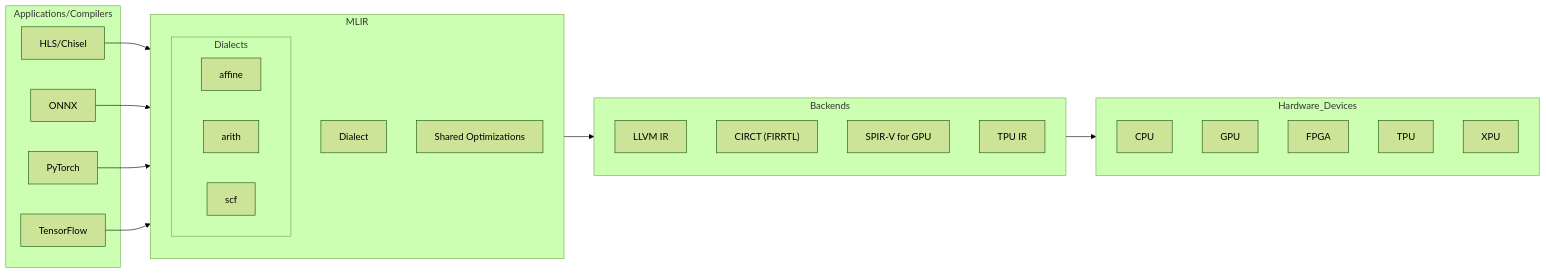
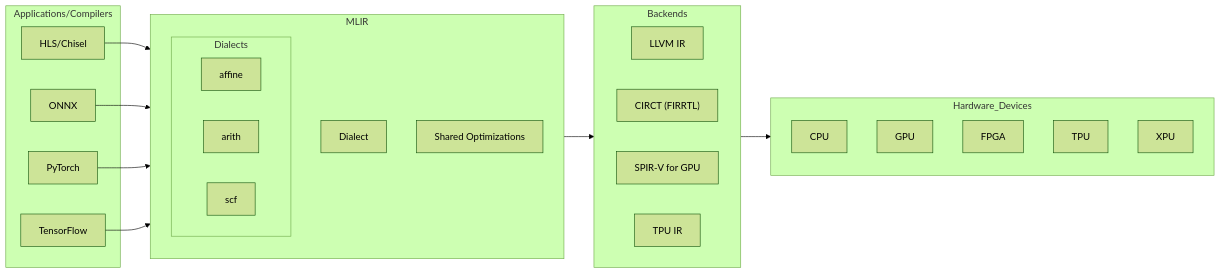
One commit to Ameya674/mlir_for_beginners changed the diagram in Introduction.md. Above: the diagram before and after it, drawn with Mermaid (forest theme).

````diff
--- a/Introduction.md
+++ b/Introduction.md
@@ -9,42 +9,43 @@
 ```mermaid
 flowchart LR
     subgraph Applications/Compilers
         HLS_Chisel["HLS/Chisel"]
         ONNX["ONNX"]
         PyTorch["PyTorch"]
         TensorFlow["TensorFlow"]
     end
 
     subgraph MLIR
         subgraph Dialects
             affine["affine"]
             arith["arith"]
             scf["scf"]
         end
         Dialect["Dialect"]
         Shared_Optimizations["Shared Optimizations"]
     end
 
     subgraph Backends
+        direction LR
         LLVM_IR["LLVM IR"]
         CIRCT["CIRCT (FIRRTL)"]
         SPIRV["SPIR-V for GPU"]
         TPU_IR["TPU IR"]
     end
 
     subgraph Hardware_Devices
         direction TB
         CPU["CPU"]
         GPU["GPU"]
         FPGA["FPGA"]
         TPU["TPU"]
         XPU["XPU"]
     end
 
     HLS_Chisel --> MLIR
     ONNX --> MLIR
     PyTorch --> MLIR
     TensorFlow --> MLIR
     MLIR --> Backends
     Backends --> Hardware_Devices
 ```
````
